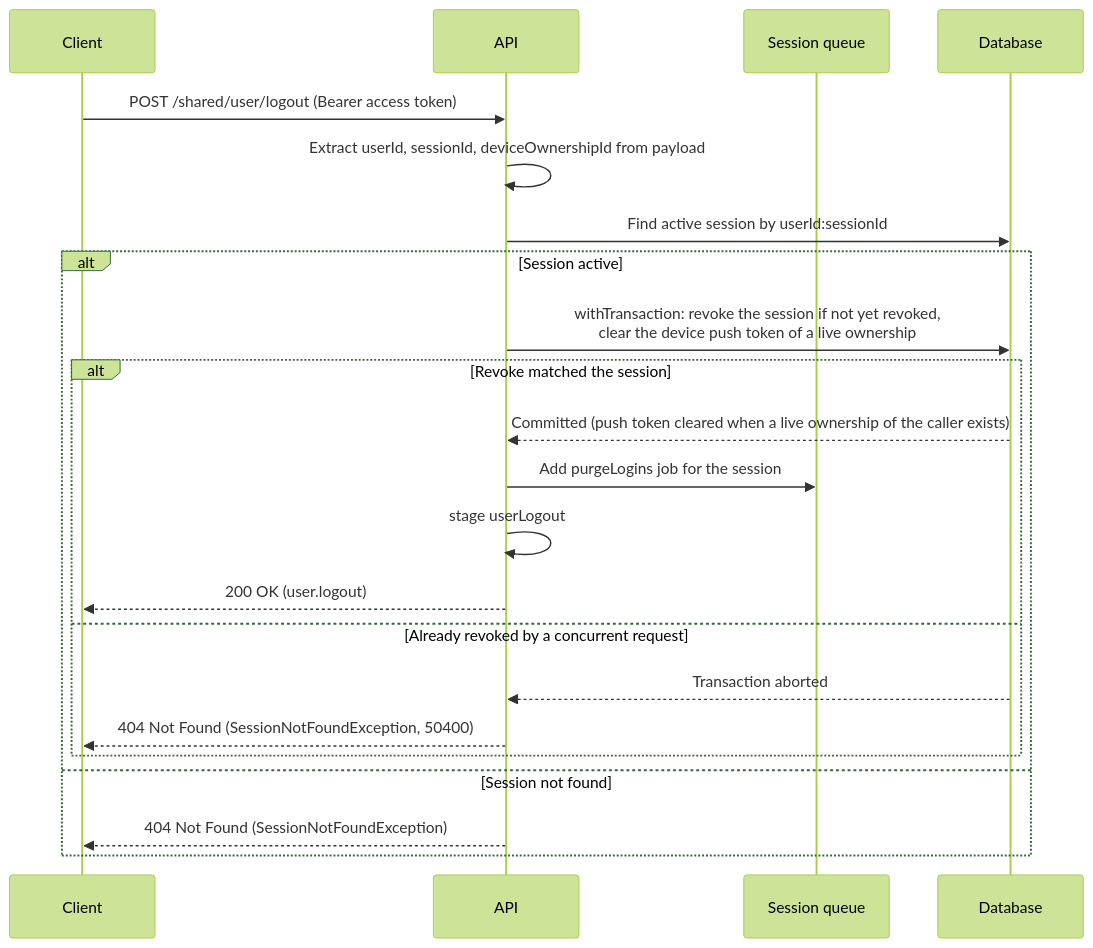
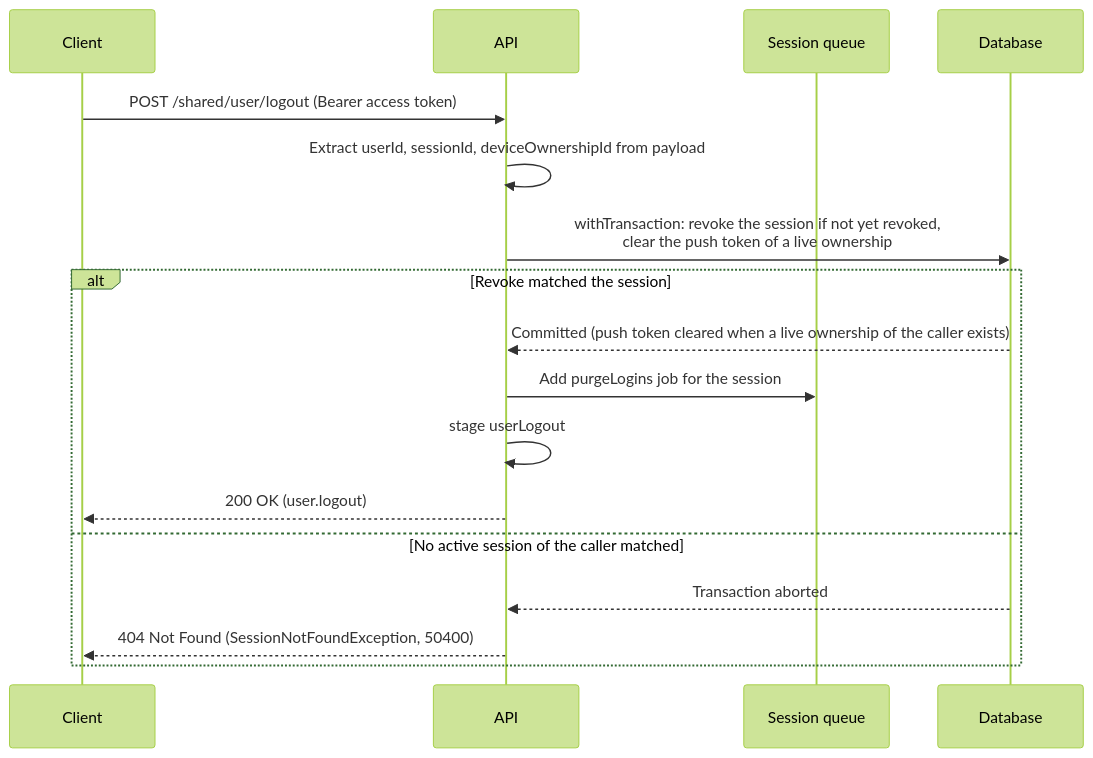
The fifth of 10 diagrams in docs/authentication.md (andrechristikan/ack-nestjs-boilerplate), drawn with Mermaid (forest theme) before and after one commit. The commit also changed other lines of this file and 95 other files, not shown here.

Commit message:
feat(user): resend verification on unverified login and hold one signed-in user per device

````diff
--- a/docs/authentication.md
+++ b/docs/authentication.md
@@ -496,25 +513,20 @@
 ```mermaid
 sequenceDiagram
     participant Client
     participant API
     participant Queue as Session queue
     participant Database
 
     Client->>API: POST /shared/user/logout (Bearer access token)
     API->>API: Extract userId, sessionId, deviceOwnershipId from payload
-    API->>Database: Find active session by userId:sessionId
-    alt Session active
-        API->>Database: withTransaction: revoke the session if not yet revoked,<br/>clear the device push token of a live ownership
-        alt Revoke matched the session
-            Database-->>API: Committed (push token cleared when a live ownership of the caller exists)
-            API->>Queue: Add purgeLogins job for the session
-            API->>API: stage userLogout
-            API-->>Client: 200 OK (user.logout)
-        else Already revoked by a concurrent request
-            Database-->>API: Transaction aborted
-            API-->>Client: 404 Not Found (SessionNotFoundException, 50400)
-        end
-    else Session not found
-        API-->>Client: 404 Not Found (SessionNotFoundException)
+    API->>Database: withTransaction: revoke the session if not yet revoked,<br/>clear the push token of a live ownership
+    alt Revoke matched the session
+        Database-->>API: Committed (push token cleared when a live ownership of the caller exists)
+        API->>Queue: Add purgeLogins job for the session
+        API->>API: stage userLogout
+        API-->>Client: 200 OK (user.logout)
+    else No active session of the caller matched
+        Database-->>API: Transaction aborted
+        API-->>Client: 404 Not Found (SessionNotFoundException, 50400)
     end
 ```
````
